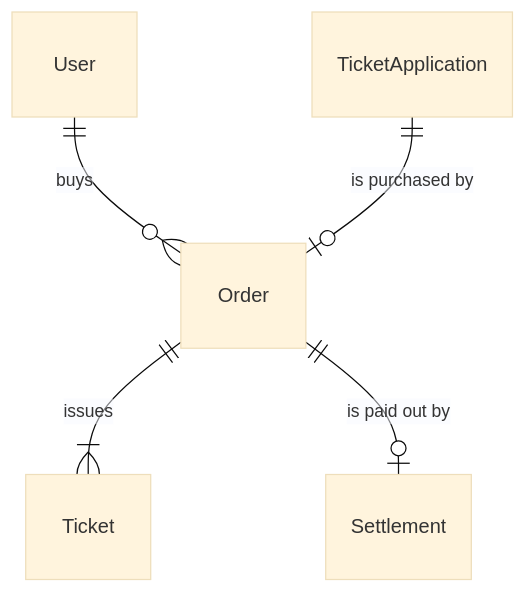
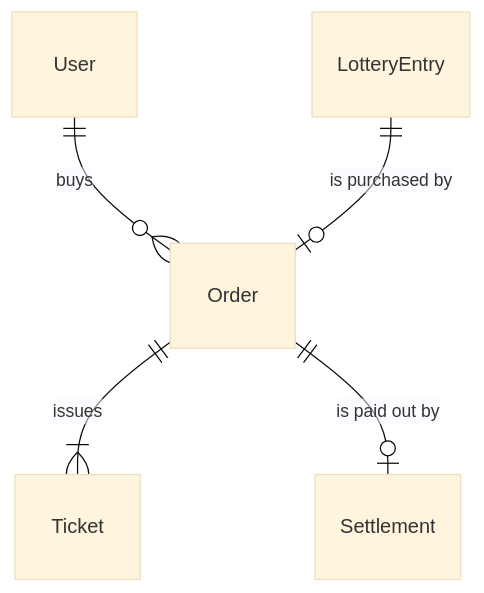
The first of 2 diagrams in openspec/specs/components/entity/order/spec.md (liverty-music/specification), drawn with Mermaid (base theme) before and after one commit. The commit also changed other lines of this file and 4 other files, not shown here.

First line of the commit message:
docs(openspec): name the User user on Order, Ticket and User

````diff
--- a/openspec/specs/components/entity/order/spec.md
+++ b/openspec/specs/components/entity/order/spec.md
@@ -23,7 +23,7 @@
 ```mermaid
 erDiagram
   User ||--o{ Order : "buys"
-  TicketApplication ||--o| Order : "is purchased by"
+  LotteryEntry ||--o| Order : "is purchased by"
   Order ||--|{ Ticket : "issues"
   Order ||--o| Settlement : "is paid out by"
 ```
````
